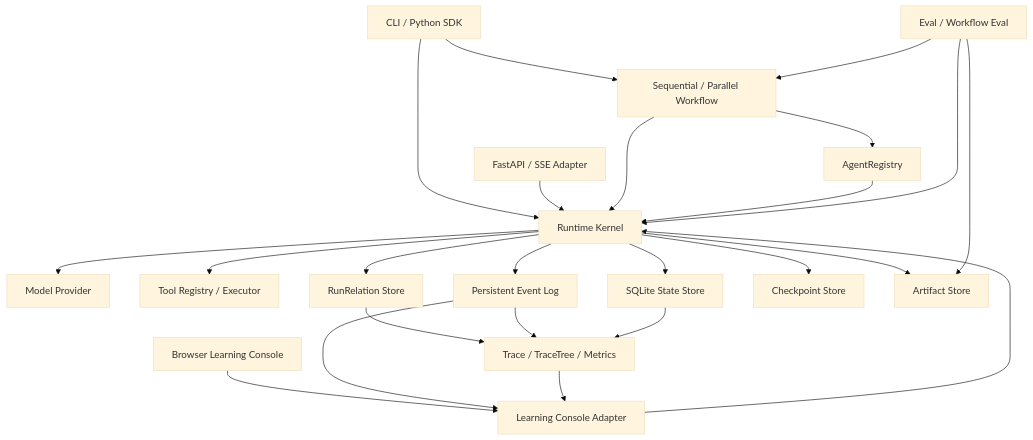
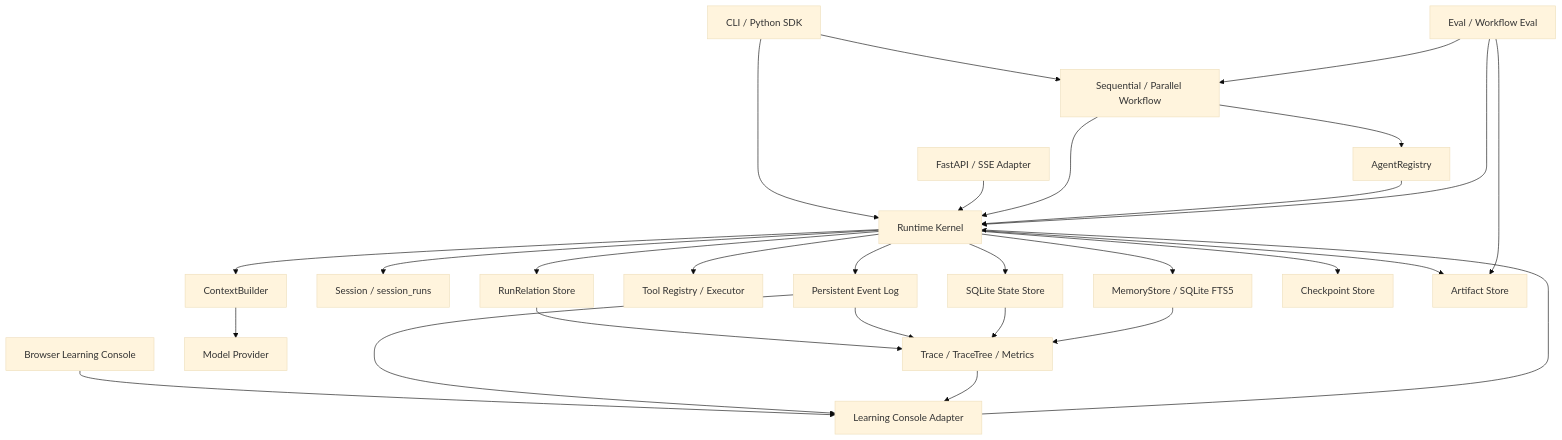
One commit to fantoagi/agent-runtime changed the first of 4 diagrams in docs/ARCHITECTURE.md. Above: the diagram before and after it, drawn with Mermaid (base theme). The commit also changed other lines of this file and 26 other files, not shown here.

Commit message:
feat: add context sessions and scoped memory v0.7

````diff
--- a/docs/ARCHITECTURE.md
+++ b/docs/ARCHITECTURE.md
@@ -15,43 +15,50 @@
 ```mermaid
 flowchart TD
     CLI["CLI / Python SDK"]
     API["FastAPI / SSE Adapter"]
     Lab["Browser Learning Console"]
     LabAdapter["Learning Console Adapter"]
     Workflows["Sequential / Parallel Workflow"]
     Registry["AgentRegistry"]
     Runtime["Runtime Kernel"]
+    Context["ContextBuilder"]
+    Sessions["Session / session_runs"]
+    Memory["MemoryStore / SQLite FTS5"]
     Model["Model Provider"]
     Tools["Tool Registry / Executor"]
     State["SQLite State Store"]
     Relations["RunRelation Store"]
     Events["Persistent Event Log"]
     Checkpoints["Checkpoint Store"]
     Artifacts["Artifact Store"]
     Observe["Trace / TraceTree / Metrics"]
     Evals["Eval / Workflow Eval"]
 
     CLI --> Runtime
     CLI --> Workflows
     API --> Runtime
     Lab --> LabAdapter
     LabAdapter --> Runtime
     Workflows --> Runtime
     Workflows --> Registry
     Registry --> Runtime
-    Runtime --> Model
+    Runtime --> Context
+    Context --> Model
+    Runtime --> Sessions
+    Runtime --> Memory
     Runtime --> Tools
     Runtime --> State
     Runtime --> Relations
     Runtime --> Events
     Runtime --> Checkpoints
     Runtime --> Artifacts
     Relations --> Observe
     Events --> Observe
     State --> Observe
+    Memory --> Observe
     Events --> LabAdapter
     Observe --> LabAdapter
     Evals --> Runtime
     Evals --> Workflows
     Evals --> Artifacts
 ```
````
